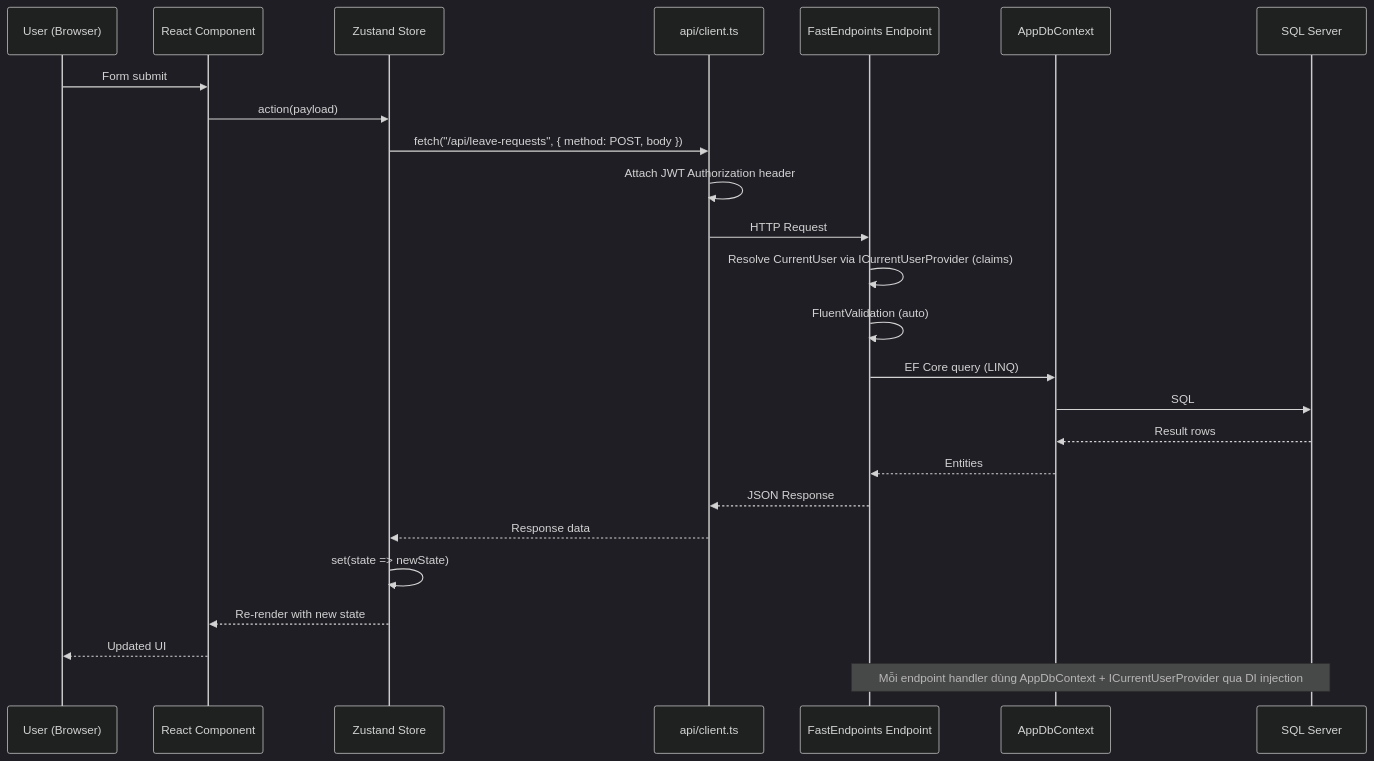
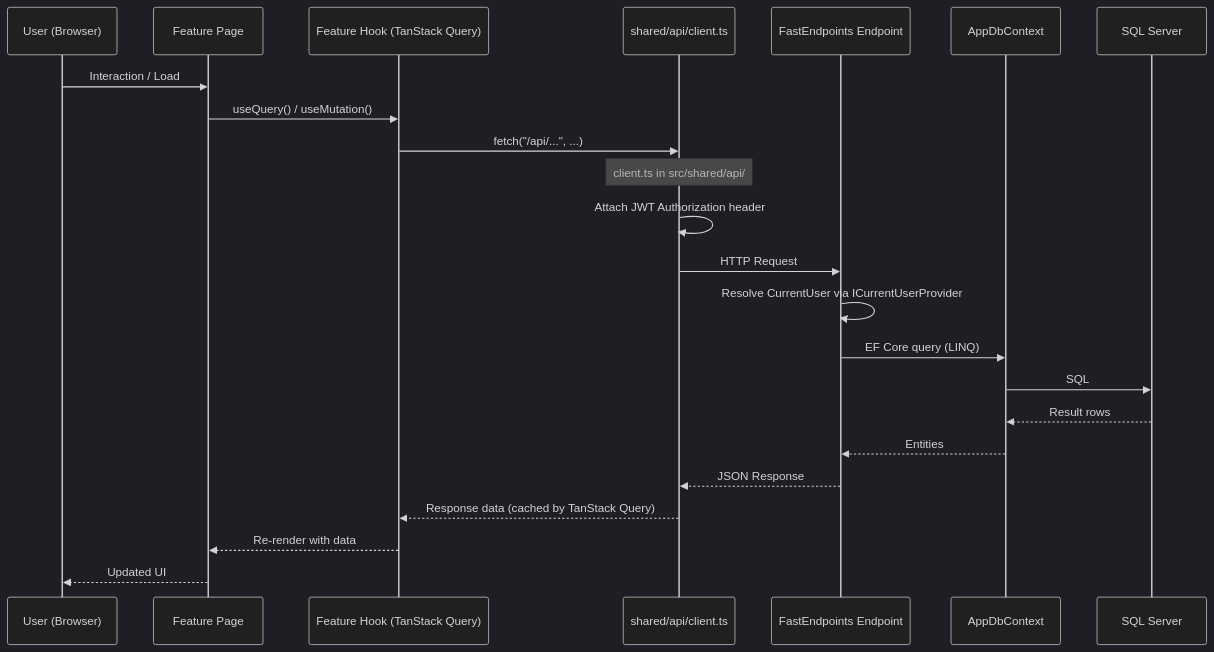
Before and after one commit to Ali-AnNT/qlnp-ttcds: the first of 6 diagrams in docs/system-architecture.md, drawn with Mermaid (dark theme). The commit also changed other lines of this file and 450 other files, not shown here.

````diff
--- a/docs/system-architecture.md
+++ b/docs/system-architecture.md
@@ -109,29 +156,26 @@
 ```mermaid
 sequenceDiagram
     participant User as User (Browser)
-    participant Component as React Component
-    participant Store as Zustand Store
-    participant API as api/client.ts
+    participant Component as Feature Page
+    participant Hook as Feature Hook (TanStack Query)
+    participant API as shared/api/client.ts
     participant FE as FastEndpoints Endpoint
     participant DbCtx as AppDbContext
     participant DB as SQL Server
 
-    User->>Component: Form submit
-    Component->>Store: action(payload)
-    Store->>API: fetch("/api/leave-requests", { method: POST, body })
+    User->>Component: Interaction / Load
+    Component->>Hook: useQuery() / useMutation()
+    Hook->>API: fetch("/api/...", ...)
+    Note over API: client.ts in src/shared/api/
     API->>API: Attach JWT Authorization header
     API->>FE: HTTP Request
-    FE->>FE: Resolve CurrentUser via ICurrentUserProvider (claims)
-    FE->>FE: FluentValidation (auto)
+    FE->>FE: Resolve CurrentUser via ICurrentUserProvider
     FE->>DbCtx: EF Core query (LINQ)
     DbCtx->>DB: SQL
     DB-->>DbCtx: Result rows
     DbCtx-->>FE: Entities
     FE-->>API: JSON Response
-    API-->>Store: Response data
-    Store->>Store: set(state => newState)
-    Store-->>Component: Re-render with new state
+    API-->>Hook: Response data (cached by TanStack Query)
+    Hook-->>Component: Re-render with data
     Component-->>User: Updated UI
-
-    Note over FE,DB: Mỗi endpoint handler dùng AppDbContext + ICurrentUserProvider qua DI injection
 ```
````
